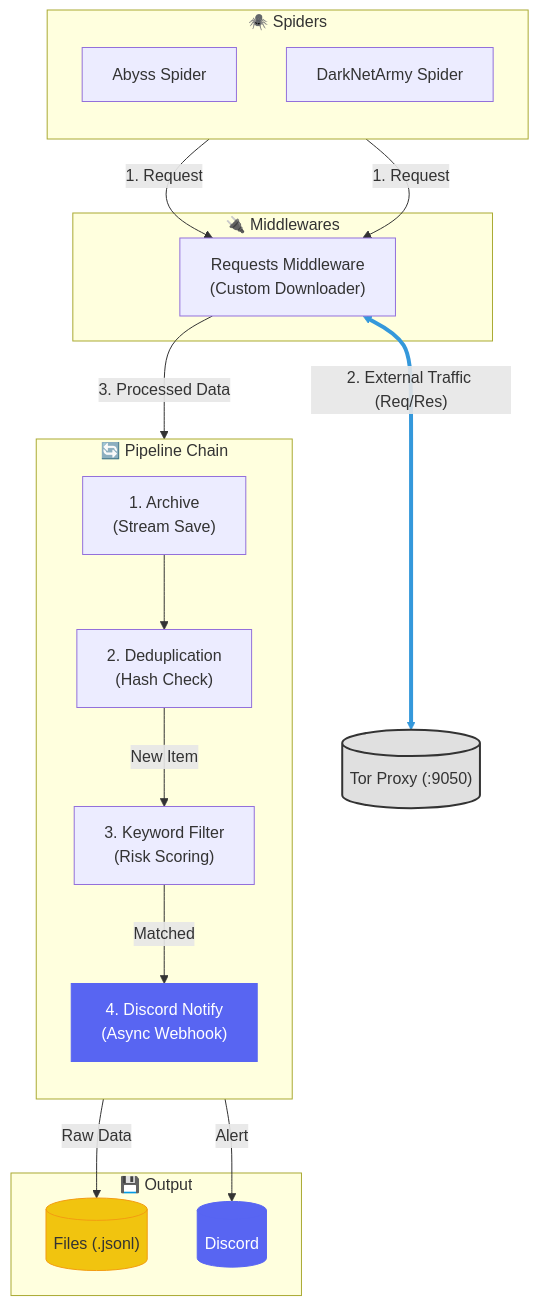
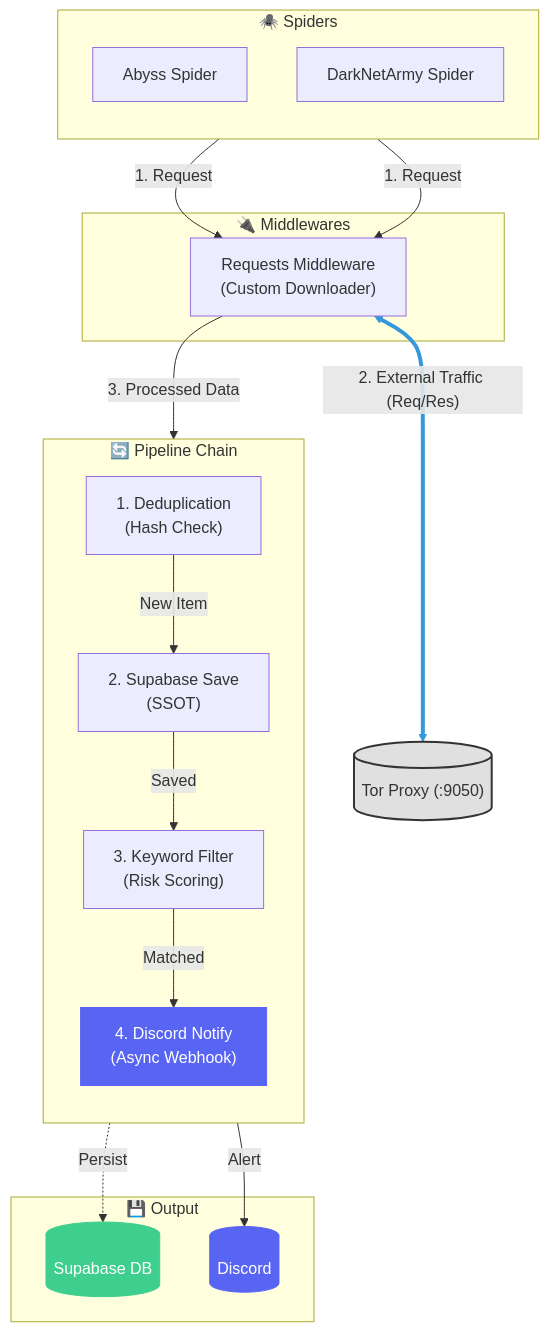
Before and after one commit to Tri-Best-3/darkweb_crawler_main: the diagram in README.md, drawn with Mermaid. The commit also changed other lines of this file and 22 other files, not shown here.

````diff
--- a/README.md
+++ b/README.md
@@ -26,48 +33,48 @@
 ```mermaid
 flowchart TD
     %% Nodes
     Tor[("Tor Proxy (:9050)")]
     
     subgraph Spiders ["🕷️ Spiders"]
         direction TB
         Abyss[Abyss Spider]
         DNA[DarkNetArmy Spider]
     end
 
     subgraph Middlewares ["🔌 Middlewares"]
         ReqMW["Requests Middleware<br/>(Custom Downloader)"]
     end
 
     subgraph Pipelines ["🔄 Pipeline Chain"]
         direction TB
-        Arc["1. Archive<br/>(Stream Save)"]
-        Dedup["2. Deduplication<br/>(Hash Check)"]
+        Dedup["1. Deduplication<br/>(Hash Check)"]
+        Supa["2. Supabase Save<br/>(SSOT)"]
         Kwd["3. Keyword Filter<br/>(Risk Scoring)"]
         Noti["4. Discord Notify<br/>(Async Webhook)"]
     end
 
     subgraph Output ["💾 Output"]
-        Files[("Files (.jsonl)")]
+        Supabase[("Supabase DB")]
         Discord[("Discord")]
     end
 
     Abyss & DNA --> |1. Request| ReqMW
 
     ReqMW <==> |"2. External Traffic (Req/Res)"| Tor
     
-    ReqMW --> |3. Processed Data| Arc
+    ReqMW --> |3. Processed Data| Dedup
     
-    Arc -- "Raw Data" --> Files
-    Arc --> Dedup
-    Dedup -- "New Item" --> Kwd
+    Dedup --> |New Item| Supa
+    Supa --> |Saved| Kwd
+    Supa -.-> |"Persist"| Supabase
     Kwd -- "Matched" --> Noti
     
     Noti -- "Alert" --> Discord
 
     %% Styling
     style Tor fill:#e0e0e0,stroke:#333,stroke-width:2px
     style Noti fill:#5865F2,stroke:#5865F2,color:#fff
     style Discord fill:#5865F2,stroke:#5865F2,color:#fff
-    style Files fill:#f1c40f,stroke:#f39c12
+    style Supabase fill:#3ecf8e,stroke:#3ecf8e,color:#fff
     linkStyle 2 stroke:#3498db,stroke-width:4px
 ```
````
